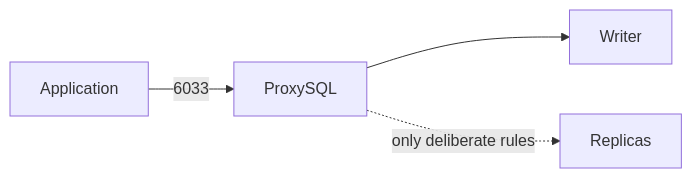
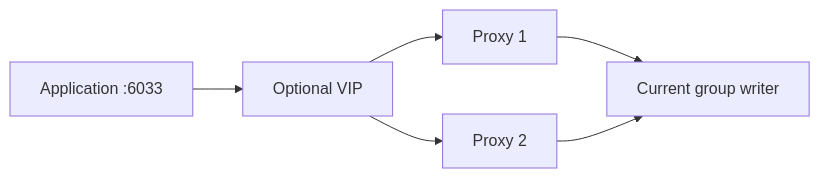
One commit to OT-OSM/percona_server changed the diagram in docs/proxysql.md. Above: the diagram before and after it, drawn with Mermaid. The commit also changed other lines of this file and 159 other files, not shown here.

````diff
--- a/docs/proxysql.md
+++ b/docs/proxysql.md
@@ -3,6 +3,8 @@
 ```mermaid
 flowchart LR
-  A[Application] -->|6033| P[ProxySQL]
-  P --> W[Writer]
-  P -.->|only deliberate rules| R[Replicas]
+  A[Application :6033] --> V[Optional VIP]
+  V --> P1[Proxy 1]
+  V --> P2[Proxy 2]
+  P1 --> W[Current group writer]
+  P2 --> W
 ```
````
